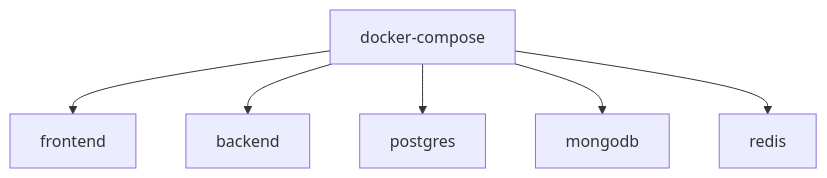
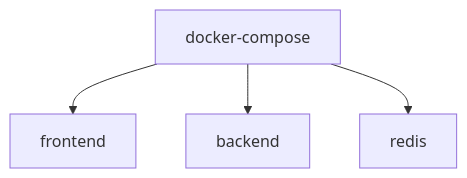
Before and after one commit to hushi19910329/ProjectTraceV1: the second of 2 diagrams in docs/系统架构文档.md, drawn with Mermaid. The commit also changed other lines of this file and 67 other files, not shown here.

````diff
--- a/docs/系统架构文档.md
+++ b/docs/系统架构文档.md
@@ -172,8 +169,6 @@
 ```mermaid
 flowchart TD
     A[docker-compose] --> B[frontend]
     A --> C[backend]
-    A --> D[postgres]
-    A --> E[mongodb]
-    A --> F[redis]
+    A --> D[redis]
 ```
````
